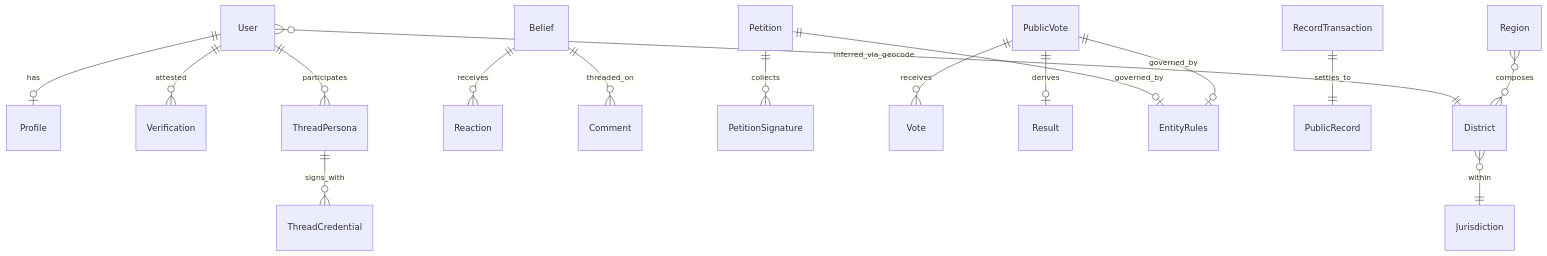
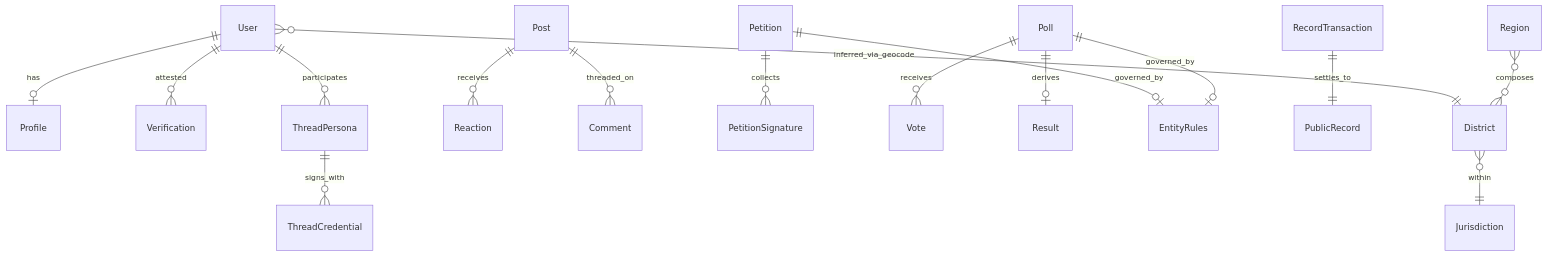
One commit to oursay/oursay changed the diagram in docs/entities/README.md. Above: the diagram before and after it, drawn with Mermaid. The commit also changed other lines of this file and 33 other files, not shown here.

````diff
--- a/docs/entities/README.md
+++ b/docs/entities/README.md
@@ -61,18 +61,18 @@
 ```mermaid
 erDiagram
   User ||--o| Profile : has
   User ||--o{ Verification : attested
   User ||--o{ ThreadPersona : participates
   ThreadPersona ||--o{ ThreadCredential : signs_with
-  Belief ||--o{ Reaction : receives
-  Belief ||--o{ Comment : threaded_on
+  Post ||--o{ Reaction : receives
+  Post ||--o{ Comment : threaded_on
   Petition ||--o{ PetitionSignature : collects
-  PublicVote ||--o{ Vote : receives
-  PublicVote ||--o| Result : derives
+  Poll ||--o{ Vote : receives
+  Poll ||--o| Result : derives
   Petition ||--o| EntityRules : governed_by
-  PublicVote ||--o| EntityRules : governed_by
+  Poll ||--o| EntityRules : governed_by
   RecordTransaction ||--|| PublicRecord : settles_to
   User }o--|| District : inferred_via_geocode
   District }o--|| Jurisdiction : within
   Region }o--o{ District : composes
 ```
````
